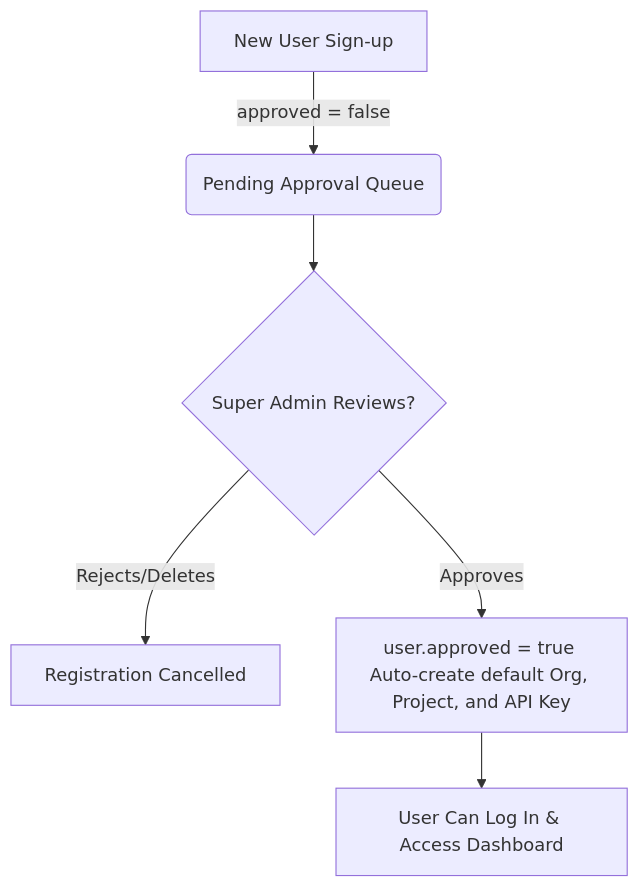
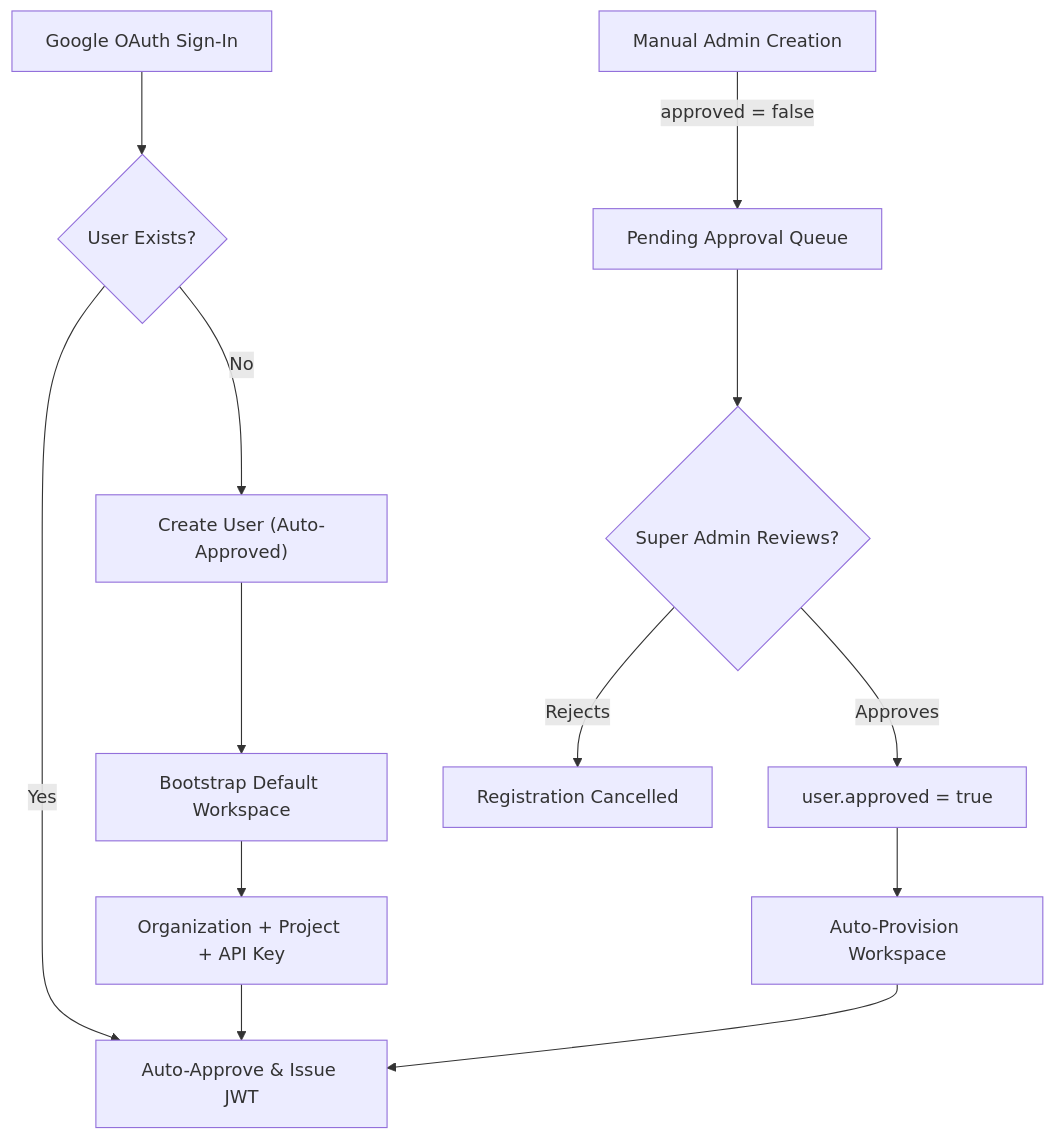
The fourth of 4 diagrams in docs/security/security-model.md (MasirJafri1/Webhook-Hub), drawn with Mermaid before and after one commit. The commit also changed other lines of this file and 9 other files, not shown here.

Commit message:
docs: overhaul README and docs with Mermaid diagrams, Google OAuth flow, and security hardening

````diff
--- a/docs/security/security-model.md
+++ b/docs/security/security-model.md
@@ -34,8 +121,16 @@
 ```mermaid
 graph TD
-    A[New User Sign-up] -->|approved = false| B(Pending Approval Queue)
-    B --> C{Super Admin Reviews?}
-    C -->|Rejects/Deletes| D[Registration Cancelled]
-    C -->|Approves| E[user.approved = true \nAuto-create default Org, Project, and API Key]
-    E --> F[User Can Log In & Access Dashboard]
+    A["Google OAuth Sign-In"] --> B{"User Exists?"}
+    B -->|"Yes"| C["Auto-Approve & Issue JWT"]
+    B -->|"No"| D["Create User (Auto-Approved)"]
+    D --> E["Bootstrap Default Workspace"]
+    E --> F["Organization + Project + API Key"]
+    F --> C
+
+    G["Manual Admin Creation"] -->|"approved = false"| H["Pending Approval Queue"]
+    H --> I{"Super Admin Reviews?"}
+    I -->|"Rejects"| J["Registration Cancelled"]
+    I -->|"Approves"| K["user.approved = true"]
+    K --> L["Auto-Provision Workspace"]
+    L --> C
 ```
````
